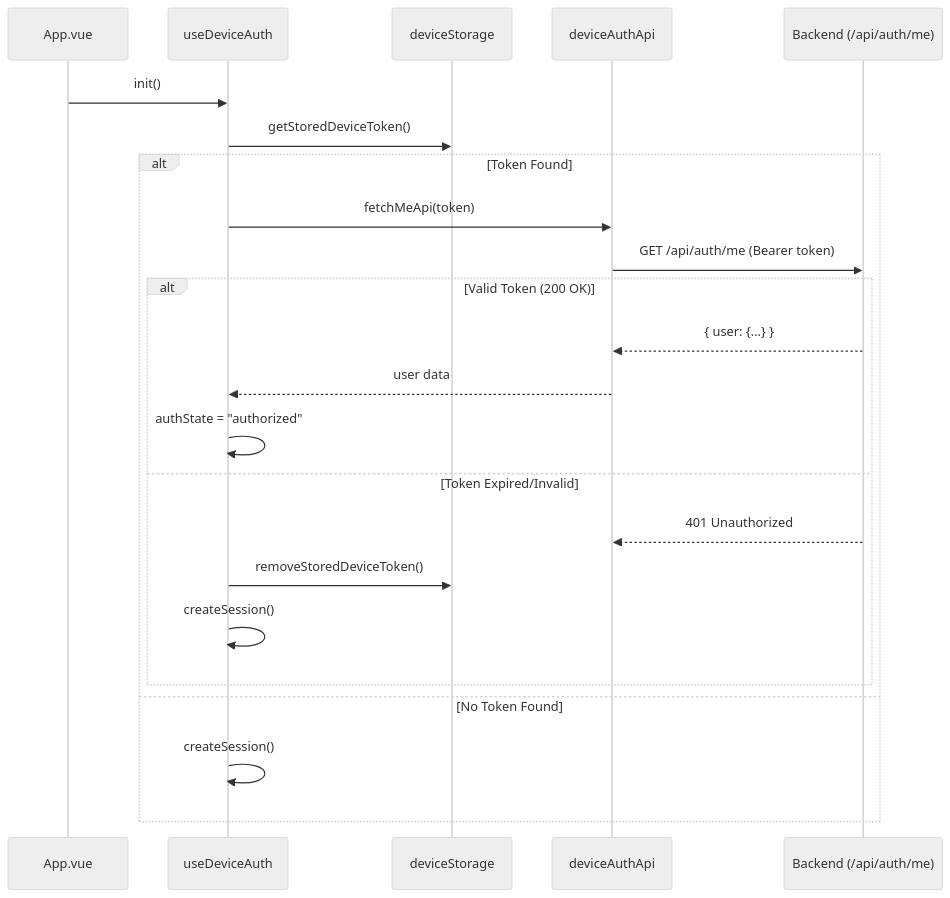
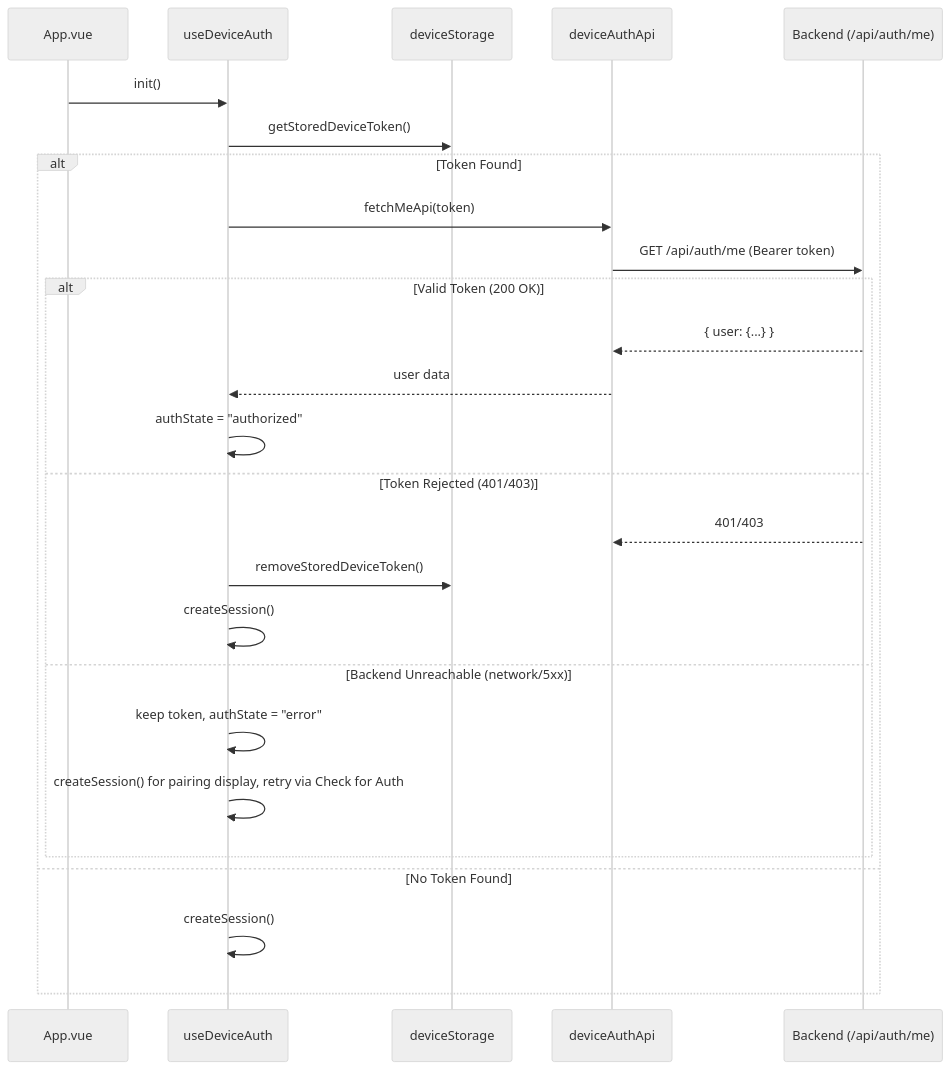
Before and after one commit to solvePao/dashboard: the second of 2 diagrams in mobile/architecture.md, drawn with Mermaid (neutral theme). The commit also changed other lines of this file and 84 other files, not shown here.

````diff
--- a/mobile/architecture.md
+++ b/mobile/architecture.md
@@ -186,26 +174,29 @@
 ```mermaid
 sequenceDiagram
     participant App as App.vue
     participant Auth as useDeviceAuth
     participant Storage as deviceStorage
     participant API as deviceAuthApi
     participant Backend as Backend (/api/auth/me)
 
     App->>Auth: init()
     Auth->>Storage: getStoredDeviceToken()
     alt Token Found
         Auth->>API: fetchMeApi(token)
         API->>Backend: GET /api/auth/me (Bearer token)
         alt Valid Token (200 OK)
             Backend-->>API: { user: {...} }
             API-->>Auth: user data
             Auth->>Auth: authState = "authorized"
-        else Token Expired/Invalid
-            Backend-->>API: 401 Unauthorized
+        else Token Rejected (401/403)
+            Backend-->>API: 401/403
             Auth->>Storage: removeStoredDeviceToken()
             Auth->>Auth: createSession()
+        else Backend Unreachable (network/5xx)
+            Auth->>Auth: keep token, authState = "error"
+            Auth->>Auth: createSession() for pairing display, retry via Check for Auth
         end
     else No Token Found
         Auth->>Auth: createSession()
     end
 ```
````
